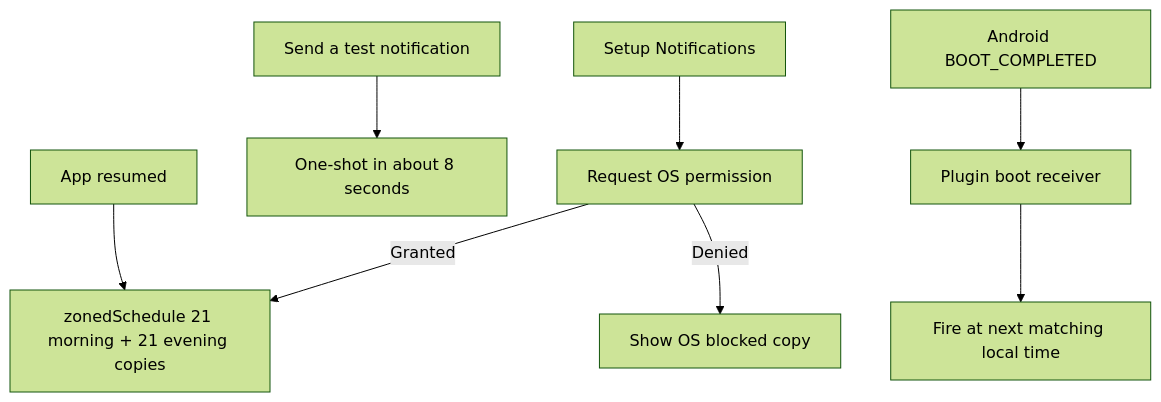
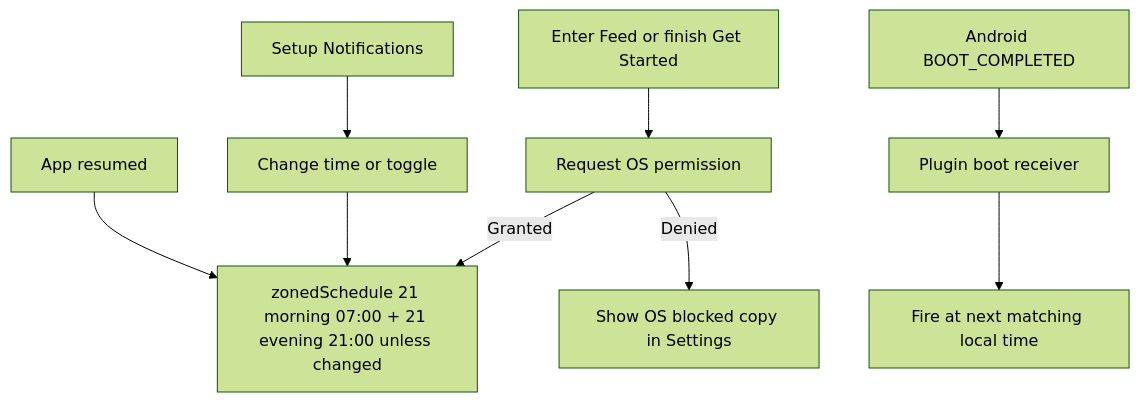
Before and after one commit to chingalo-family/slow-journey: the fourth of 4 diagrams in docs/diagrams/app-flows.md, drawn with Mermaid (forest theme). The commit also changed 12 other files, not shown here.

````diff
--- a/docs/diagrams/app-flows.md
+++ b/docs/diagrams/app-flows.md
@@ -54,10 +54,11 @@
 ```mermaid
 flowchart TD
-  setup[Setup Notifications] --> perm[Request OS permission]
-  perm -->|Granted| sched[zonedSchedule 21 morning + 21 evening copies]
-  perm -->|Denied| blocked[Show OS blocked copy]
-  test[Send a test notification] --> testFire[One-shot in about 8 seconds]
+  enter[Enter Feed or finish Get Started] --> perm[Request OS permission]
+  perm -->|Granted| sched[zonedSchedule 21 morning 07:00 + 21 evening 21:00 unless changed]
+  perm -->|Denied| blocked[Show OS blocked copy in Settings]
+  setup[Setup Notifications] --> change[Change time or toggle]
+  change --> sched
   resume[App resumed] --> sched
   boot[Android BOOT_COMPLETED] --> plugin[Plugin boot receiver]
   plugin --> fire[Fire at next matching local time]
 ```
````
